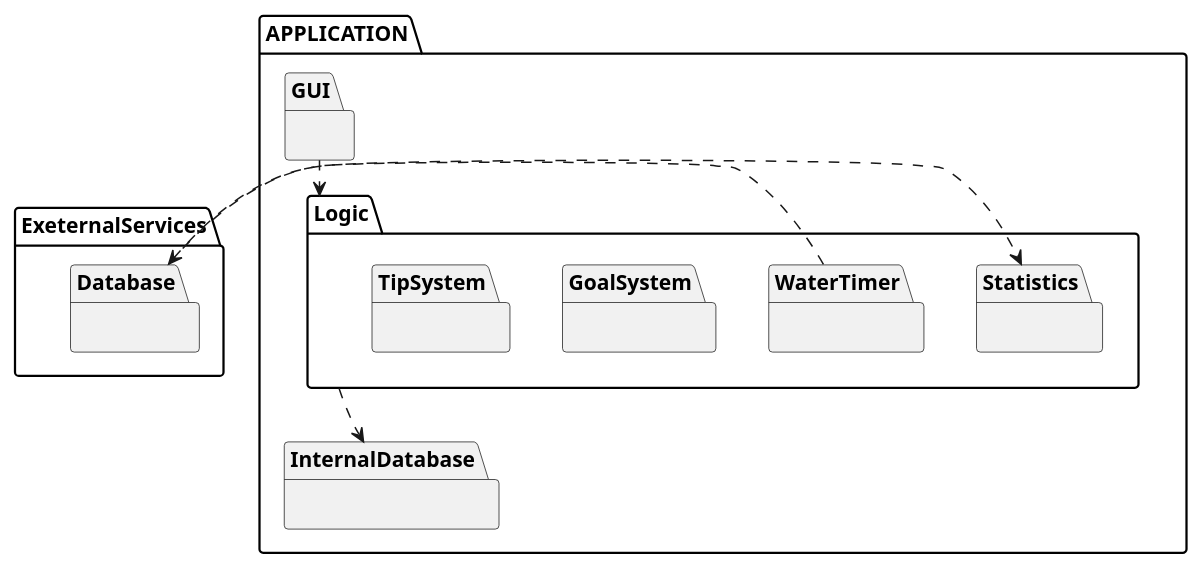
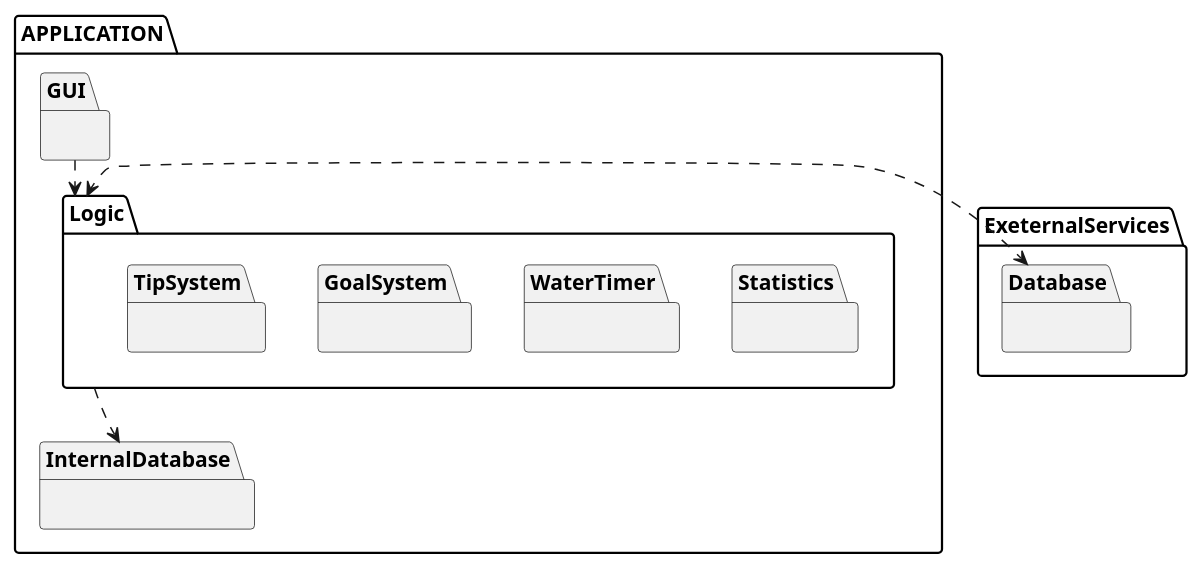
One commit to FEUP-LEIC-ES-2023-24/WaterXPTO changed the diagram in Docs/LogicDiagram.plantuml. Above: the diagram before and after it, drawn with PlantUML. The commit also changed 2 other files, not shown here.

Commit message:
Added Logical Diagram to README (may add description)

```diff
--- a/Docs/LogicDiagram.plantuml
+++ b/Docs/LogicDiagram.plantuml
@@ -1,52 +1,52 @@
 @startuml
 
 package APPLICATION {
 
     package Logic {
         package Statistics {
 
         }
         
         package WaterTimer {
         
 
         }
 
         package GoalSystem {
 
         }
 
         package TipSystem {
             
         }
 
 
     }
 
     package GUI {
 
     }
 
 
     package InternalDatabase {
 
     }
 
 
 }
 
 package ExeternalServices {
     package Database { 
         
     }
 }
 
 
 GUI .down.> Logic
 
-Statistics <.l. Database
-WaterTimer .r.> Database
+
+Logic <.right.> Database
 
 Logic .down.> InternalDatabase
 
 @enduml
```
